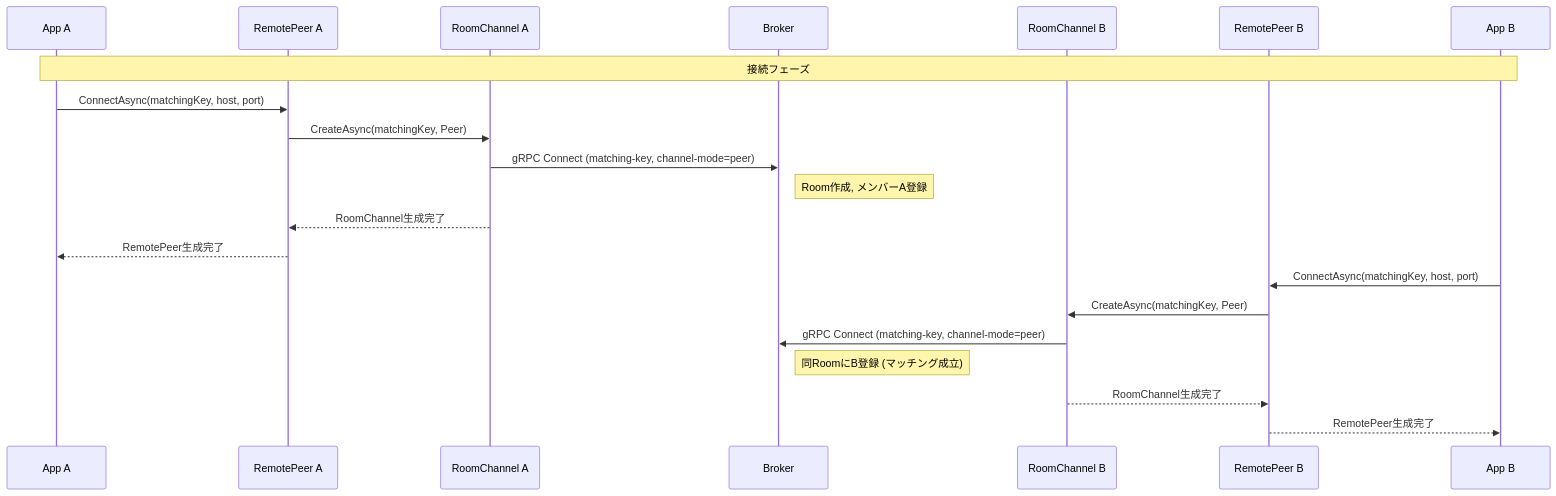
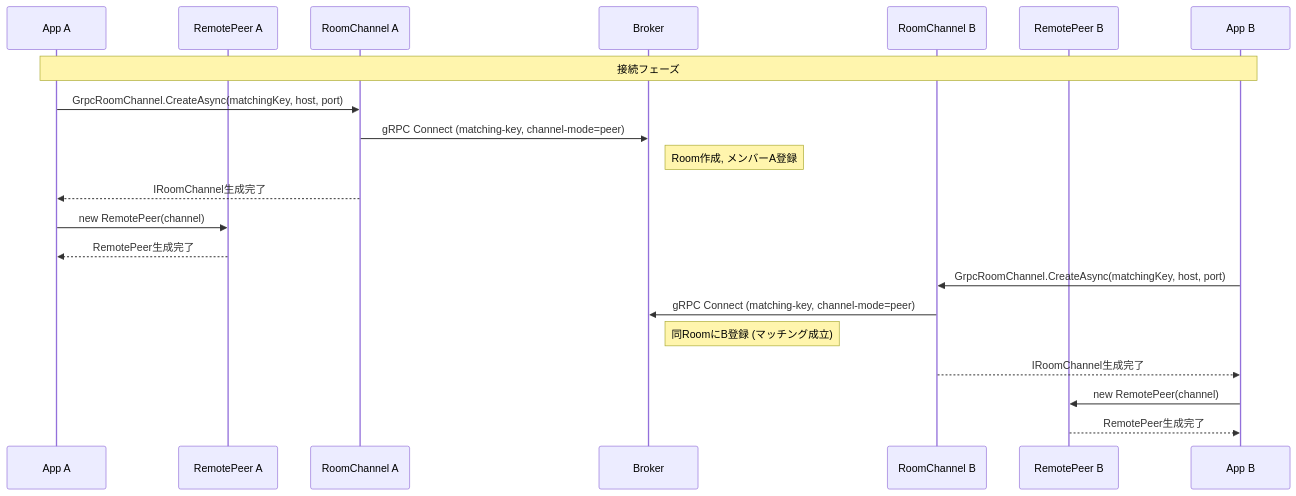
Before and after one commit to jun8k2003/RCOM13162: the first of 4 diagrams in spec.md, drawn with Mermaid. The commit also changed other lines of this file, not shown here.

````diff
--- a/spec.md
+++ b/spec.md
@@ -225,26 +245,26 @@
 ```mermaid
 sequenceDiagram
     participant AA as App A
     participant PA as RemotePeer A
     participant CA as RoomChannel A
     participant BK as Broker
     participant CB as RoomChannel B
     participant PB as RemotePeer B
     participant AB as App B
 
     Note over AA,AB: 接続フェーズ
 
-    AA->>PA: ConnectAsync(matchingKey, host, port)
-    PA->>CA: CreateAsync(matchingKey, Peer)
+    AA->>CA: GrpcRoomChannel.CreateAsync(matchingKey, host, port)
     CA->>BK: gRPC Connect (matching-key, channel-mode=peer)
     Note right of BK: Room作成, メンバーA登録
-    CA-->>PA: RoomChannel生成完了
+    CA-->>AA: IRoomChannel生成完了
+    AA->>PA: new RemotePeer(channel)
     PA-->>AA: RemotePeer生成完了
 
-    AB->>PB: ConnectAsync(matchingKey, host, port)
-    PB->>CB: CreateAsync(matchingKey, Peer)
+    AB->>CB: GrpcRoomChannel.CreateAsync(matchingKey, host, port)
     CB->>BK: gRPC Connect (matching-key, channel-mode=peer)
     Note right of BK: 同RoomにB登録 (マッチング成立)
-    CB-->>PB: RoomChannel生成完了
+    CB-->>AB: IRoomChannel生成完了
+    AB->>PB: new RemotePeer(channel)
     PB-->>AB: RemotePeer生成完了
 ```
````
